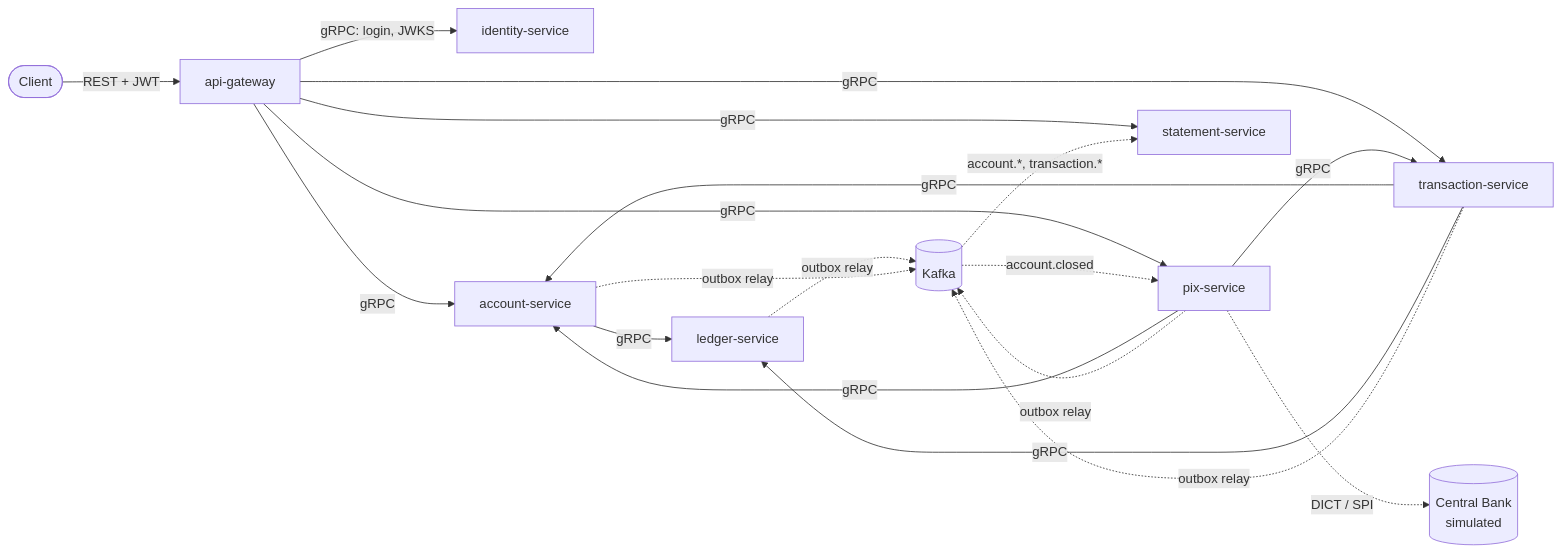
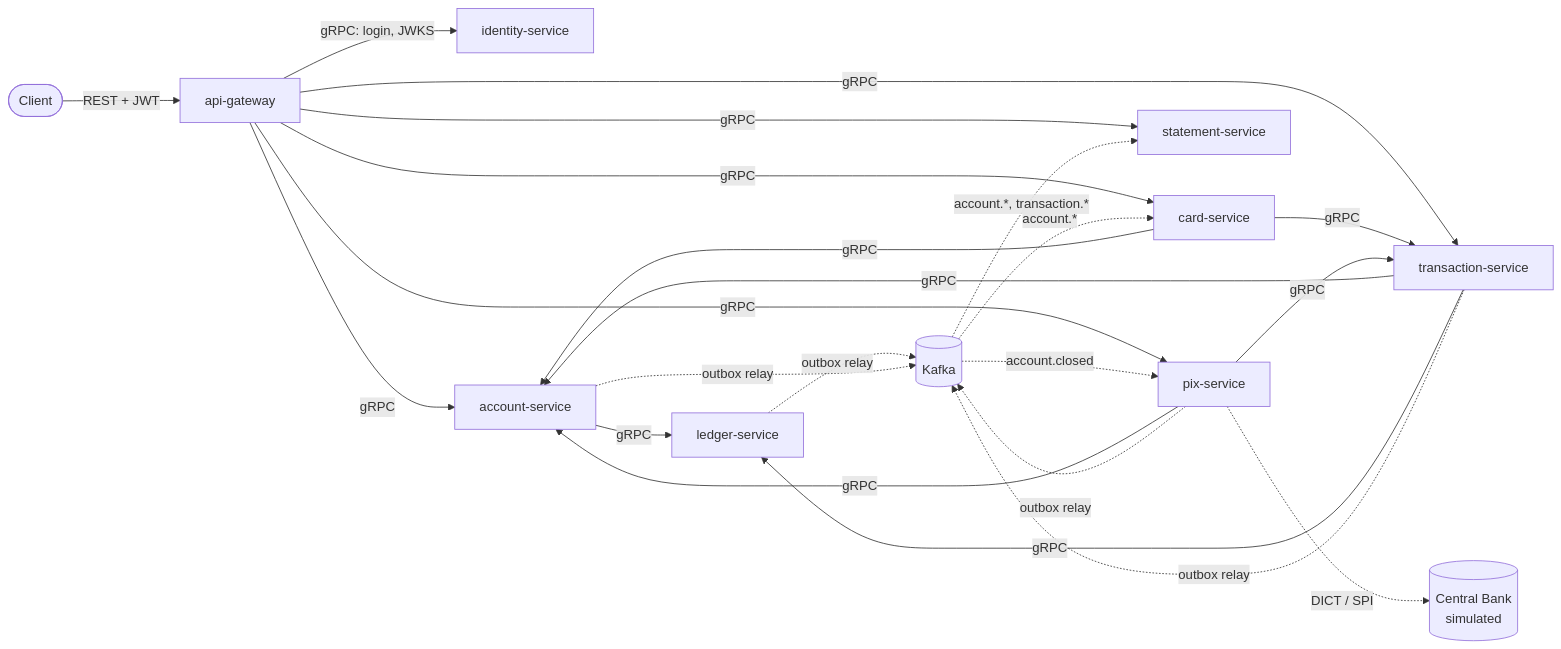
Before and after one commit to ViniciusMicarelli/digital-bank-platform: the diagram in README.md, drawn with Mermaid. The commit also changed other lines of this file and 62 other files, not shown here.

````diff
--- a/README.md
+++ b/README.md
@@ -16,19 +16,23 @@
 ```mermaid
 flowchart LR
     C([Client]) -->|REST + JWT| GW[api-gateway]
     GW -->|gRPC: login, JWKS| IDN[identity-service]
     GW -->|gRPC| ACC[account-service]
     GW -->|gRPC| TRX[transaction-service]
     GW -->|gRPC| PIX[pix-service]
     GW -->|gRPC| STM[statement-service]
+    GW -->|gRPC| CRD[card-service]
+    CRD -->|gRPC| TRX
+    CRD -->|gRPC| ACC
     PIX -->|gRPC| TRX
     PIX -->|gRPC| ACC
     PIX -.->|DICT / SPI| BCB[(Central Bank<br/>simulated)]
     TRX -->|gRPC| ACC
     TRX -->|gRPC| LED[ledger-service]
     ACC -->|gRPC| LED
 
     LED & ACC & TRX & PIX -.->|outbox relay| K[(Kafka)]
     K -.->|account.*, transaction.*| STM
     K -.->|account.closed| PIX
+    K -.->|account.*| CRD
 ```
````
